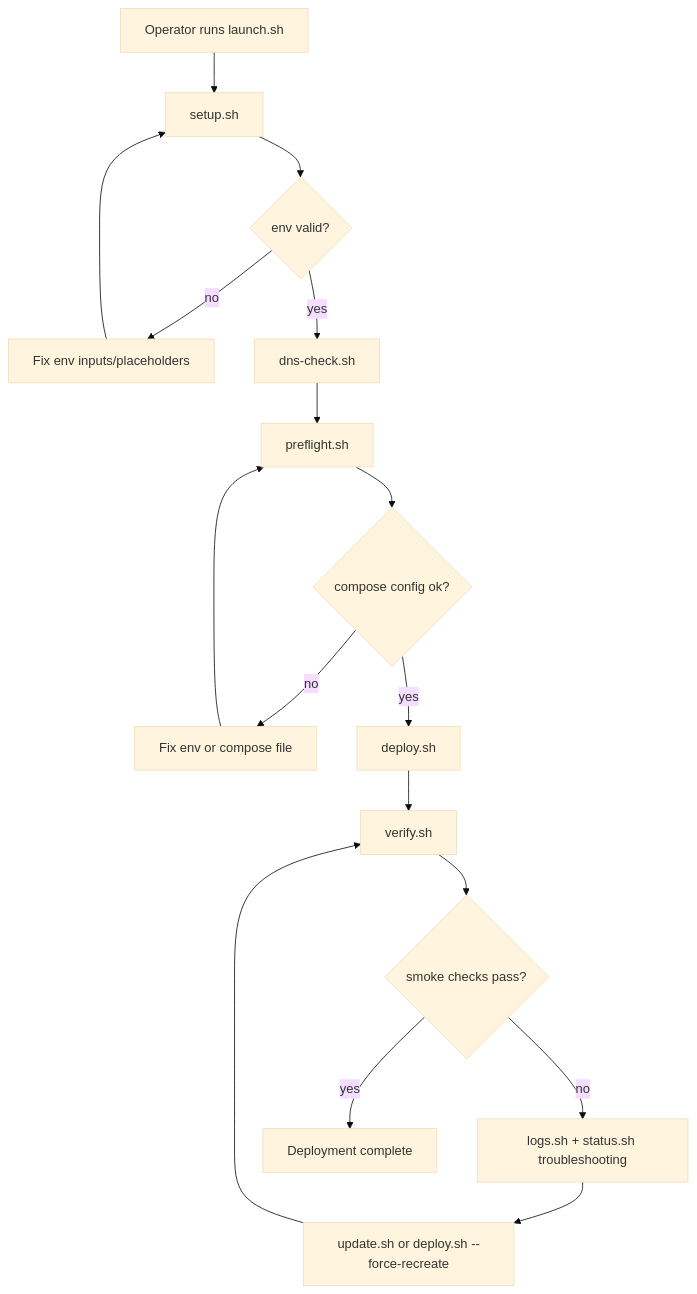
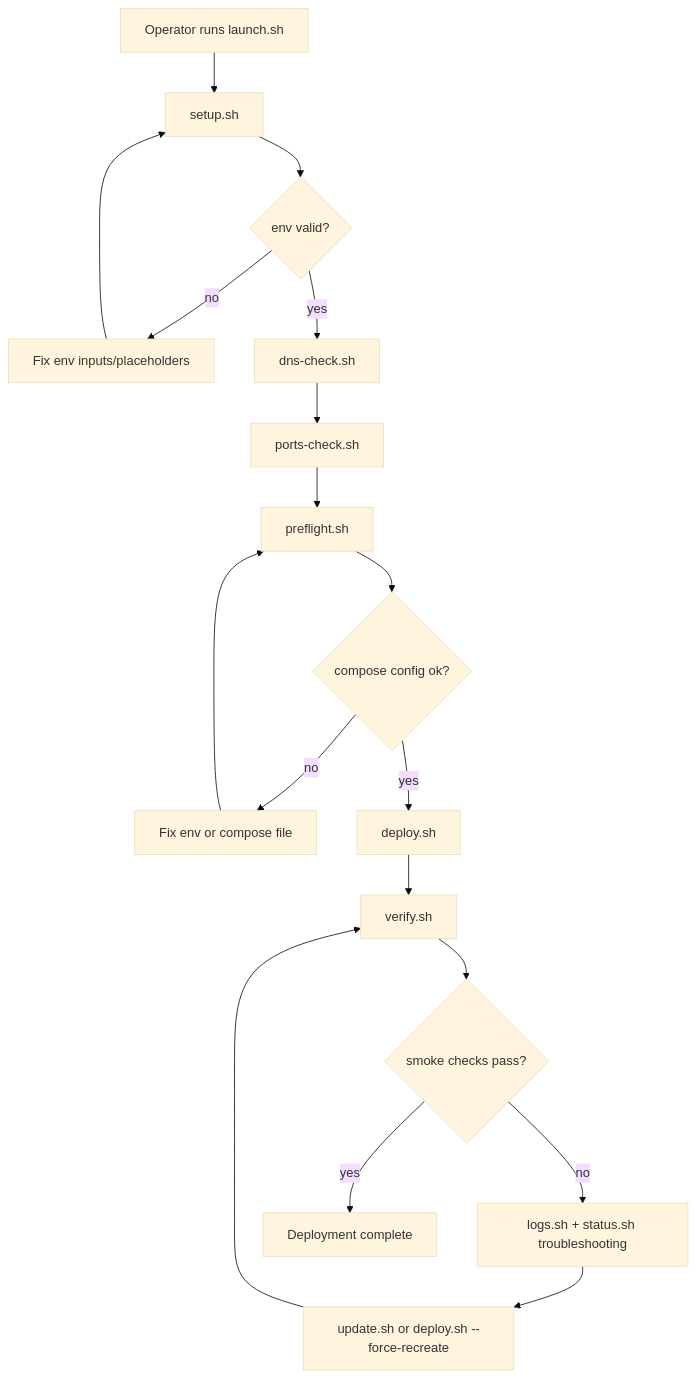
One commit to AmanVatsSharma/MailZen-Smart-Email-Management changed the first of 3 diagrams in deploy/ec2/FLOW.md. Above: the diagram before and after it, drawn with Mermaid (base theme). The commit also changed 5 other files, not shown here.

Commit message:
add host ports readiness check for ec2 deploy

````diff
--- a/deploy/ec2/FLOW.md
+++ b/deploy/ec2/FLOW.md
@@ -8,19 +8,20 @@
 ```mermaid
 flowchart TD
   Start[Operator runs launch.sh] --> Setup[setup.sh]
   Setup --> EnvOK{env valid?}
   EnvOK -- no --> FixEnv[Fix env inputs/placeholders]
   FixEnv --> Setup
   EnvOK -- yes --> DnsCheck[dns-check.sh]
-  DnsCheck --> Preflight[preflight.sh]
+  DnsCheck --> PortsCheck[ports-check.sh]
+  PortsCheck --> Preflight[preflight.sh]
   Preflight --> ComposeConfig{compose config ok?}
   ComposeConfig -- no --> FixConfig[Fix env or compose file]
   FixConfig --> Preflight
   ComposeConfig -- yes --> Deploy[deploy.sh]
   Deploy --> Verify[verify.sh]
   Verify --> VerifyOK{smoke checks pass?}
   VerifyOK -- no --> Logs[logs.sh + status.sh troubleshooting]
   Logs --> FixAndRedeploy[update.sh or deploy.sh --force-recreate]
   FixAndRedeploy --> Verify
   VerifyOK -- yes --> Done[Deployment complete]
 ```
````
